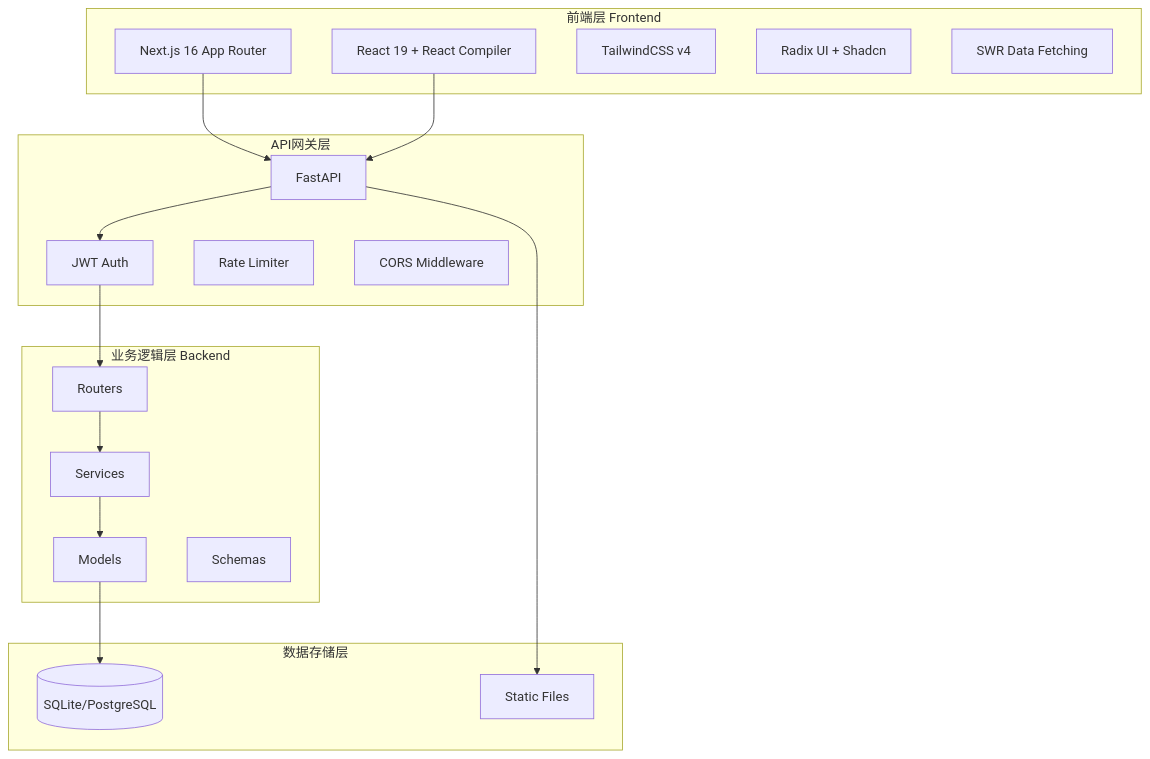
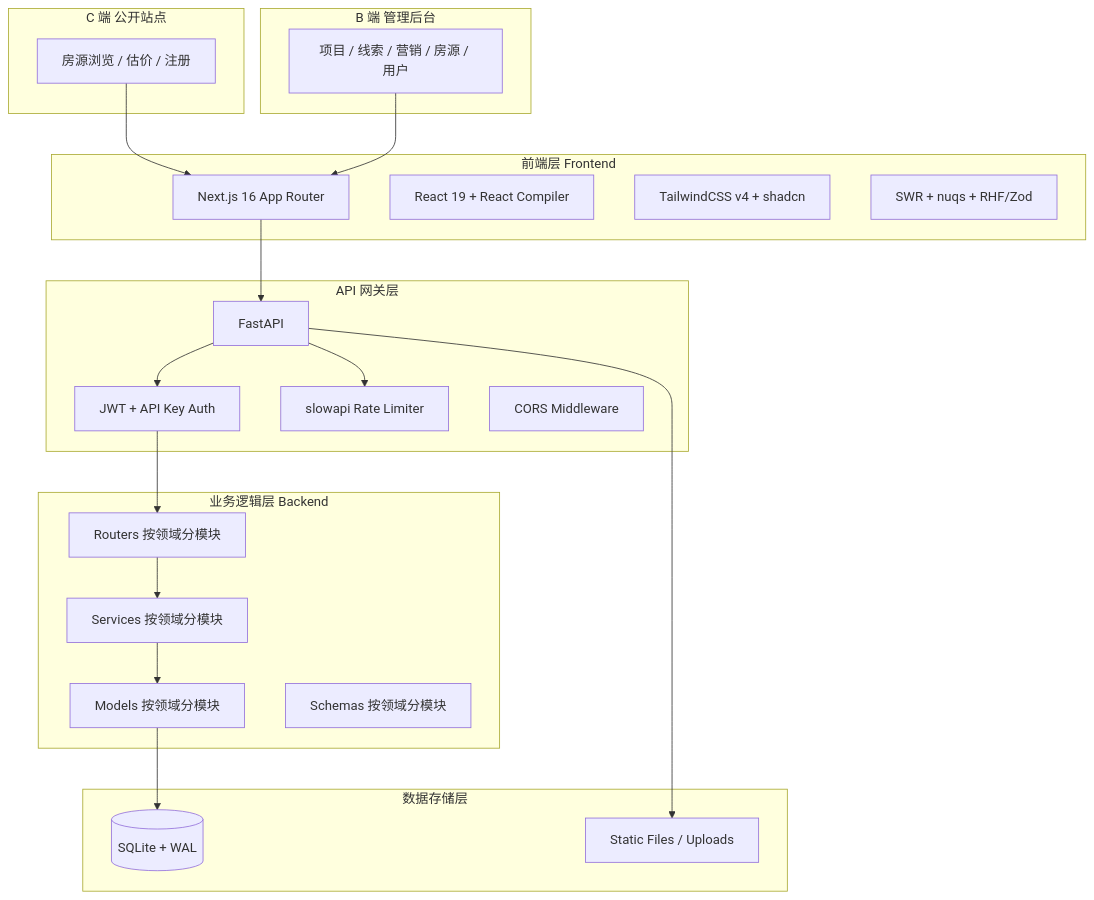
Before and after one commit to kakaoxy/profo: the first of 8 diagrams in README.md, drawn with Mermaid. The commit also changed other lines of this file, not shown here.

````diff
--- a/README.md
+++ b/README.md
@@ -61,38 +72,42 @@
 ```mermaid
 graph TB
+    subgraph "C 端 公开站点"
+        C1[房源浏览 / 估价 / 注册]
+    end
+    subgraph "B 端 管理后台"
+        B1[项目 / 线索 / 营销 / 房源 / 用户]
+    end
     subgraph "前端层 Frontend"
         A[Next.js 16 App Router]
         B[React 19 + React Compiler]
-        C[TailwindCSS v4]
-        D[Radix UI + Shadcn]
-        E[SWR Data Fetching]
+        C[TailwindCSS v4 + shadcn]
+        D[SWR + nuqs + RHF/Zod]
+    end
+    subgraph "API 网关层"
+        F[FastAPI]
+        G[JWT + API Key Auth]
+        H[slowapi Rate Limiter]
+        I[CORS Middleware]
+    end
+    subgraph "业务逻辑层 Backend"
+        J[Routers 按领域分模块]
+        K[Services 按领域分模块]
+        L[Models 按领域分模块]
+        M[Schemas 按领域分模块]
+    end
+    subgraph "数据存储层"
+        N[(SQLite + WAL)]
+        O[Static Files / Uploads]
     end
 
-    subgraph "API网关层"
-        F[FastAPI]
-        G[JWT Auth]
-        H[Rate Limiter]
-        I[CORS Middleware]
-    end
-
-    subgraph "业务逻辑层 Backend"
-        J[Routers]
-        K[Services]
-        L[Models]
-        M[Schemas]
-    end
-
-    subgraph "数据存储层"
-        N[(SQLite/PostgreSQL)]
-        O[Static Files]
-    end
-
+    C1 --> A
+    B1 --> A
     A --> F
-    B --> F
     F --> G
+    F --> H
     G --> J
     J --> K
     K --> L
     L --> N
     F --> O
 ```
````
